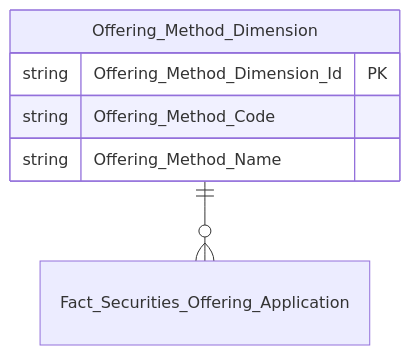
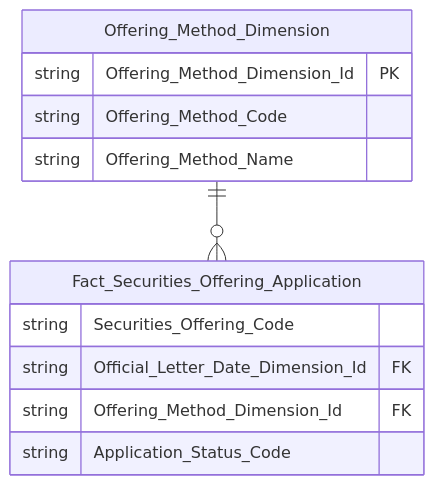
Before and after one commit to linhlvit/ubck_atomic_design: diagram 16 of 22 in Datamart/hld/DTM_QLCB_HLD.md, drawn with Mermaid. The commit also changed other lines of this file and 17 other files, not shown here.

````diff
--- a/Datamart/hld/DTM_QLCB_HLD.md
+++ b/Datamart/hld/DTM_QLCB_HLD.md
@@ -755,10 +811,16 @@
 ```mermaid
 erDiagram
-    Offering_Method_Dimension ||--o{ Fact_Securities_Offering_Application : " "
-
     Offering_Method_Dimension {
         string Offering_Method_Dimension_Id PK
         string Offering_Method_Code
         string Offering_Method_Name
     }
+    Fact_Securities_Offering_Application {
+        string Securities_Offering_Code
+        string Official_Letter_Date_Dimension_Id FK
+        string Offering_Method_Dimension_Id FK
+        string Application_Status_Code
+    }
+
+    Offering_Method_Dimension ||--o{ Fact_Securities_Offering_Application : " "
 ```
````
